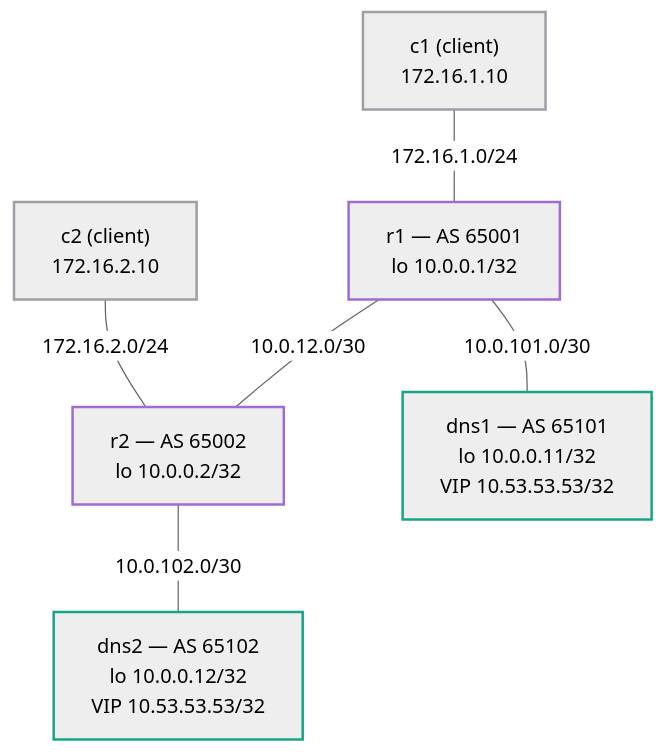
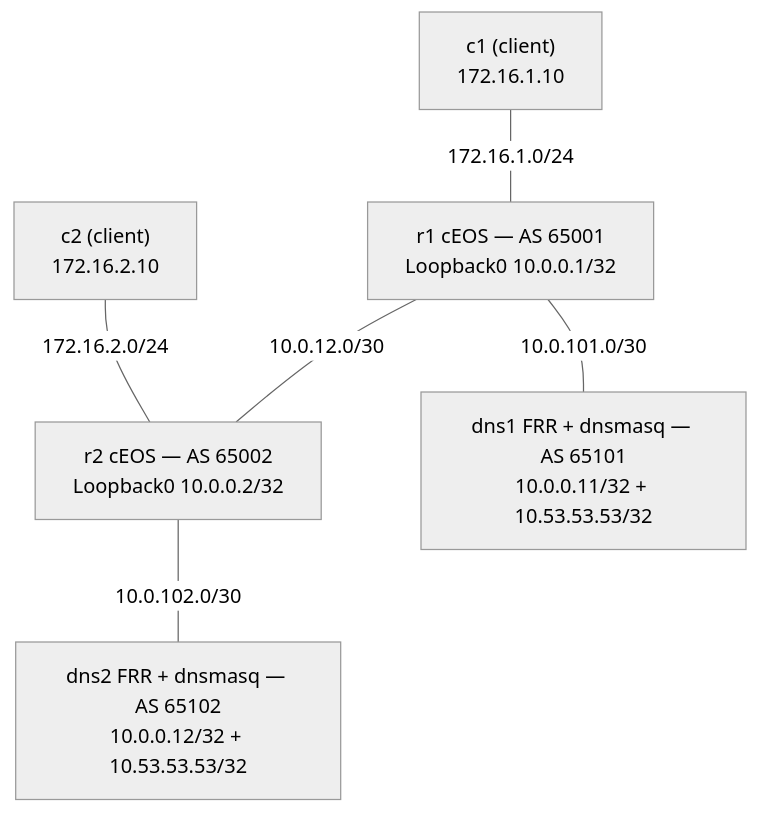
The diagram in labs/anycast-dns/README.md (jschless/networkingLabs), drawn with Mermaid (neutral theme) before and after one commit. The commit also changed other lines of this file and 198 other files, not shown here.

````diff
--- a/labs/anycast-dns/README.md
+++ b/labs/anycast-dns/README.md
@@ -16,22 +11,15 @@
 ```mermaid
 flowchart TB
     c1["c1 (client)<br/>172.16.1.10"]
     c2["c2 (client)<br/>172.16.2.10"]
-    r1["r1 — AS 65001<br/>lo 10.0.0.1/32"]
-    r2["r2 — AS 65002<br/>lo 10.0.0.2/32"]
-    dns1["dns1 — AS 65101<br/>lo 10.0.0.11/32<br/>VIP 10.53.53.53/32"]
-    dns2["dns2 — AS 65102<br/>lo 10.0.0.12/32<br/>VIP 10.53.53.53/32"]
+    r1["r1 cEOS — AS 65001<br/>Loopback0 10.0.0.1/32"]
+    r2["r2 cEOS — AS 65002<br/>Loopback0 10.0.0.2/32"]
+    dns1["dns1 FRR + dnsmasq — AS 65101<br/>10.0.0.11/32 + 10.53.53.53/32"]
+    dns2["dns2 FRR + dnsmasq — AS 65102<br/>10.0.0.12/32 + 10.53.53.53/32"]
 
-    c1 --- |"172.16.1.0/24"| r1
-    c2 --- |"172.16.2.0/24"| r2
-    r1 --- |"10.0.12.0/30"| r2
-    r1 --- |"10.0.101.0/30"| dns1
-    r2 --- |"10.0.102.0/30"| dns2
-
-    classDef rtr stroke:#a06bd6,stroke-width:2px
-    classDef srv stroke:#17a589,stroke-width:2px
-    classDef cli stroke:#9aa0a6,stroke-width:2px
-    class r1,r2 rtr
-    class dns1,dns2 srv
-    class c1,c2 cli
+    c1 ---|"172.16.1.0/24"| r1
+    c2 ---|"172.16.2.0/24"| r2
+    r1 ---|"10.0.12.0/30"| r2
+    r1 ---|"10.0.101.0/30"| dns1
+    r2 ---|"10.0.102.0/30"| dns2
 ```
````
